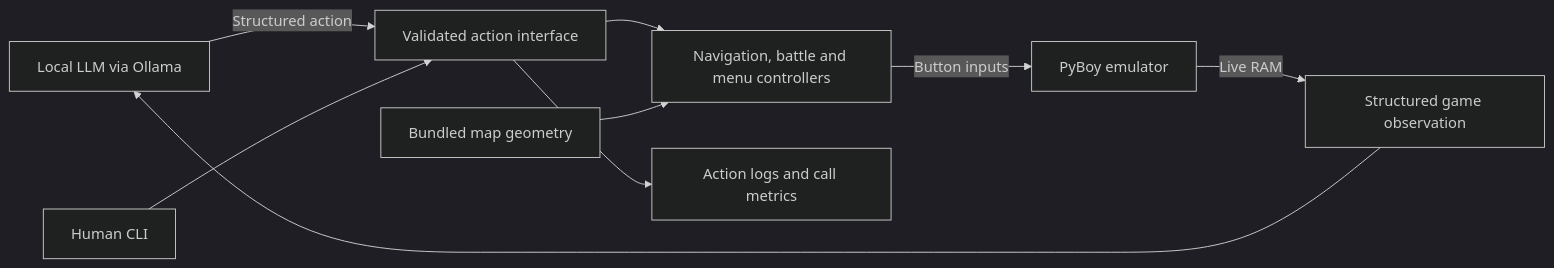
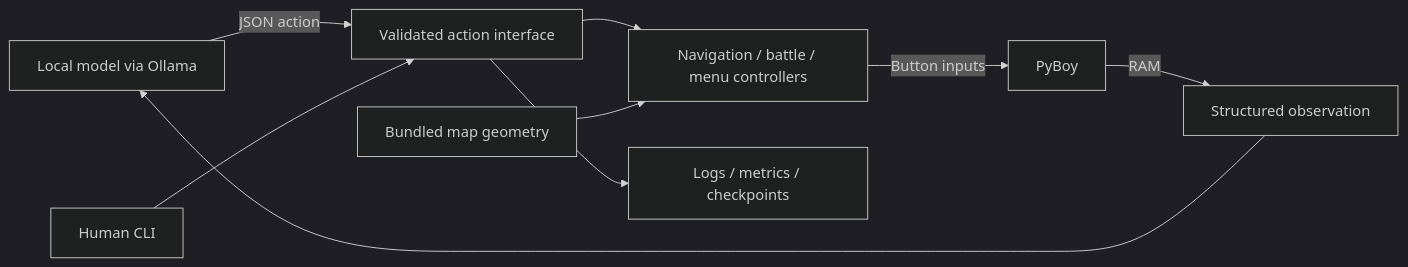
One commit to InsaneJSK/DeepRed changed the diagram in README.md. Above: the diagram before and after it, drawn with Mermaid (dark theme). The commit also changed other lines of this file and 5 other files, not shown here.

````diff
--- a/README.md
+++ b/README.md
@@ -72,11 +33,11 @@
 ```mermaid
 flowchart LR
-    LLM[Local LLM via Ollama] -->|Structured action| API[Validated action interface]
+    LLM[Local model via Ollama] -->|JSON action| API[Validated action interface]
     Human[Human CLI] --> API
-    API --> Controllers[Navigation, battle and menu controllers]
-    Controllers -->|Button inputs| Emulator[PyBoy emulator]
-    Emulator -->|Live RAM| State[Structured game observation]
+    API --> Control[Navigation / battle / menu controllers]
+    Control -->|Button inputs| Game[PyBoy]
+    Game -->|RAM| State[Structured observation]
     State --> LLM
-    Terrain[Bundled map geometry] --> Controllers
-    API --> Logs[Action logs and call metrics]
+    Maps[Bundled map geometry] --> Control
+    API --> Trace[Logs / metrics / checkpoints]
 ```
````
